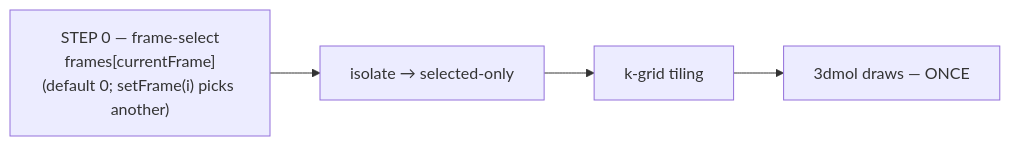
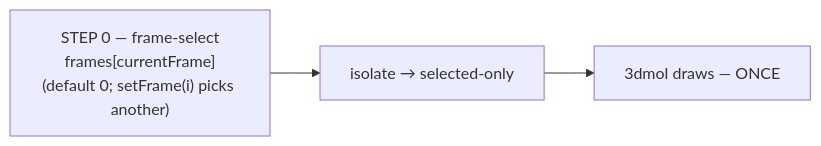
The sixth of 9 diagrams in docs/protocols/molview-module.md (Qing-LAB/molbuilder), drawn with Mermaid before and after one commit. The commit also changed other lines of this file and 8 other files, not shown here.

````diff
--- a/docs/protocols/molview-module.md
+++ b/docs/protocols/molview-module.md
@@ -817,8 +745,7 @@
 ```mermaid
 flowchart LR
     FR["STEP 0 — frame-select<br/>frames[currentFrame]<br/>(default 0; setFrame(i) picks another)"]
     ISO["isolate → selected-only"]
-    KG["k-grid tiling"]
     DRAW["3dmol draws — ONCE"]
-    FR --> ISO --> KG --> DRAW
+    FR --> ISO --> DRAW
 ```
````
